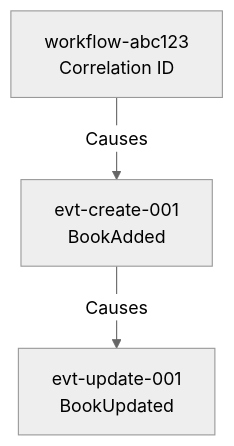
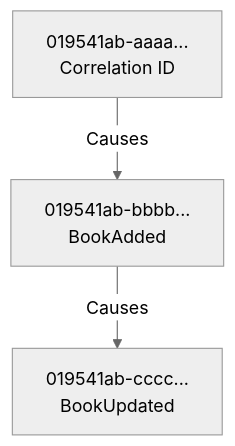
Before and after one commit to aalmada/BookStore: the first of 2 diagrams in docs/guides/correlation-causation-guide.md, drawn with Mermaid (neutral theme). The commit also changed other lines of this file, not shown here.

Commit message:
docs: audit and update correlation-causation-guide.md

````diff
--- a/docs/guides/correlation-causation-guide.md
+++ b/docs/guides/correlation-causation-guide.md
@@ -131,9 +129,9 @@
 ```mermaid
 graph TD
-    Corr[workflow-abc123<br/>Correlation ID]
-    Create[evt-create-001<br/>BookAdded]
-    Update[evt-update-001<br/>BookUpdated]
+    Corr[019541ab-aaaa...<br/>Correlation ID]
+    Create[019541ab-bbbb...<br/>BookAdded]
+    Update[019541ab-cccc...<br/>BookUpdated]
     
     Corr -->|Causes| Create
     Create -->|Causes| Update
 ```
````
